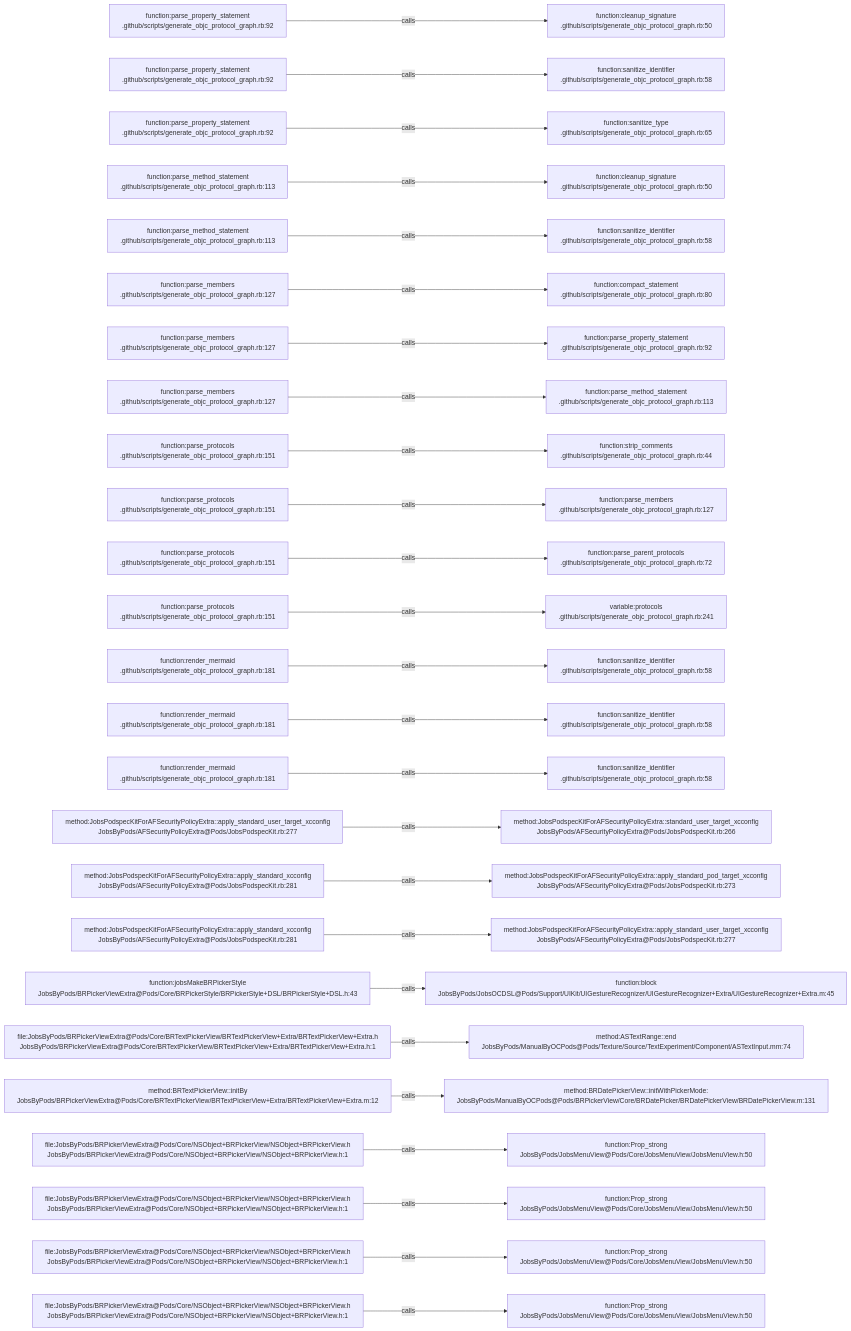
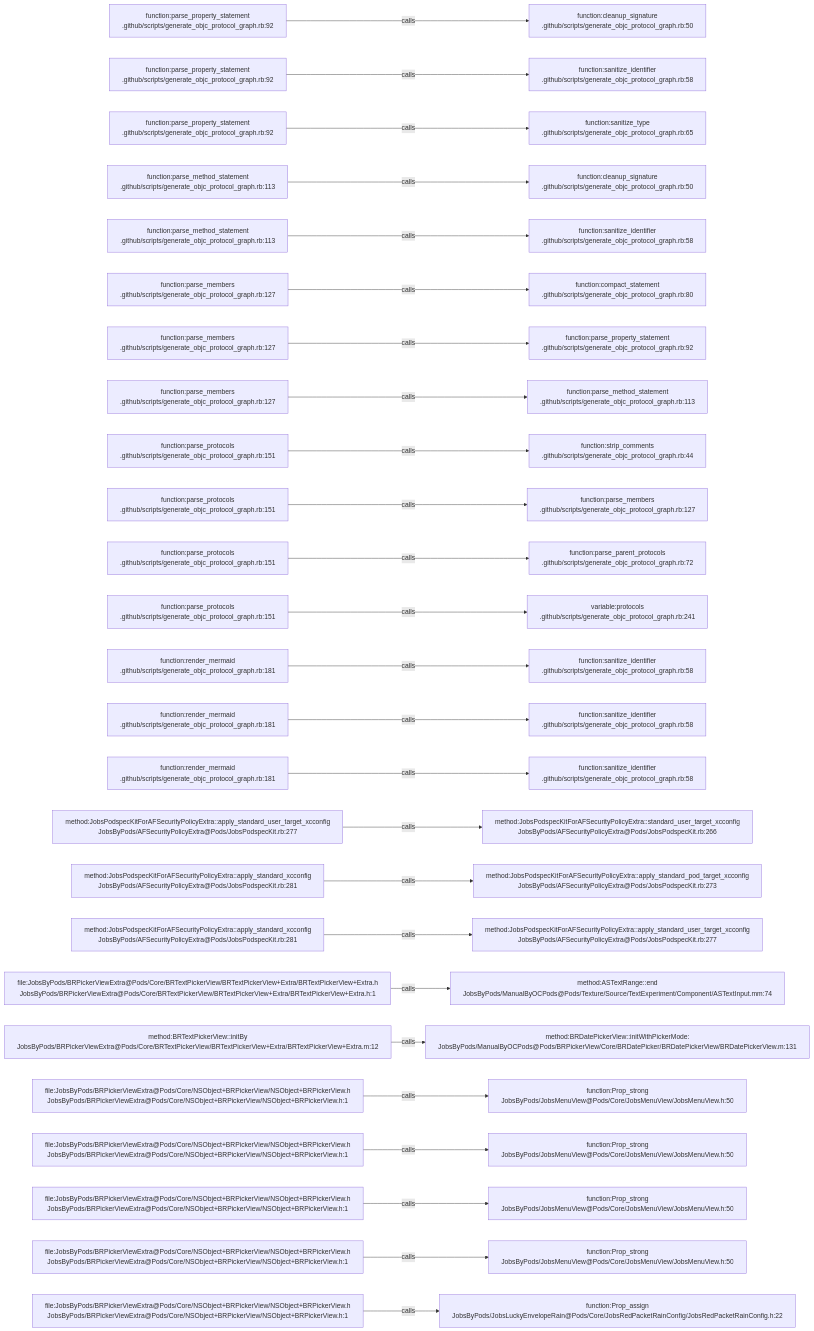
One commit to JobsKits/JobsOCBaseConfigDemo changed the diagram in .codegraph/codegraph.md/graphs/calls-001.md. Above: the diagram before and after it, drawn with Mermaid. The commit also changed 223 other files, not shown here.

````diff
--- a/.codegraph/codegraph.md/graphs/calls-001.md
+++ b/.codegraph/codegraph.md/graphs/calls-001.md
@@ -13,78 +13,78 @@
 ```mermaid
 flowchart LR
   S1["function:parse_property_statement<br/>.github/scripts/generate_objc_protocol_graph.rb:92"]
   T1["function:cleanup_signature<br/>.github/scripts/generate_objc_protocol_graph.rb:50"]
   S1 -->|calls| T1
   S2["function:parse_property_statement<br/>.github/scripts/generate_objc_protocol_graph.rb:92"]
   T2["function:sanitize_identifier<br/>.github/scripts/generate_objc_protocol_graph.rb:58"]
   S2 -->|calls| T2
   S3["function:parse_property_statement<br/>.github/scripts/generate_objc_protocol_graph.rb:92"]
   T3["function:sanitize_type<br/>.github/scripts/generate_objc_protocol_graph.rb:65"]
   S3 -->|calls| T3
   S4["function:parse_method_statement<br/>.github/scripts/generate_objc_protocol_graph.rb:113"]
   T4["function:cleanup_signature<br/>.github/scripts/generate_objc_protocol_graph.rb:50"]
   S4 -->|calls| T4
   S5["function:parse_method_statement<br/>.github/scripts/generate_objc_protocol_graph.rb:113"]
   T5["function:sanitize_identifier<br/>.github/scripts/generate_objc_protocol_graph.rb:58"]
   S5 -->|calls| T5
   S6["function:parse_members<br/>.github/scripts/generate_objc_protocol_graph.rb:127"]
   T6["function:compact_statement<br/>.github/scripts/generate_objc_protocol_graph.rb:80"]
   S6 -->|calls| T6
   S7["function:parse_members<br/>.github/scripts/generate_objc_protocol_graph.rb:127"]
   T7["function:parse_property_statement<br/>.github/scripts/generate_objc_protocol_graph.rb:92"]
   S7 -->|calls| T7
   S8["function:parse_members<br/>.github/scripts/generate_objc_protocol_graph.rb:127"]
   T8["function:parse_method_statement<br/>.github/scripts/generate_objc_protocol_graph.rb:113"]
   S8 -->|calls| T8
   S9["function:parse_protocols<br/>.github/scripts/generate_objc_protocol_graph.rb:151"]
   T9["function:strip_comments<br/>.github/scripts/generate_objc_protocol_graph.rb:44"]
   S9 -->|calls| T9
   S10["function:parse_protocols<br/>.github/scripts/generate_objc_protocol_graph.rb:151"]
   T10["function:parse_members<br/>.github/scripts/generate_objc_protocol_graph.rb:127"]
   S10 -->|calls| T10
   S11["function:parse_protocols<br/>.github/scripts/generate_objc_protocol_graph.rb:151"]
   T11["function:parse_parent_protocols<br/>.github/scripts/generate_objc_protocol_graph.rb:72"]
   S11 -->|calls| T11
   S12["function:parse_protocols<br/>.github/scripts/generate_objc_protocol_graph.rb:151"]
   T12["variable:protocols<br/>.github/scripts/generate_objc_protocol_graph.rb:241"]
   S12 -->|calls| T12
   S13["function:render_mermaid<br/>.github/scripts/generate_objc_protocol_graph.rb:181"]
   T13["function:sanitize_identifier<br/>.github/scripts/generate_objc_protocol_graph.rb:58"]
   S13 -->|calls| T13
   S14["function:render_mermaid<br/>.github/scripts/generate_objc_protocol_graph.rb:181"]
   T14["function:sanitize_identifier<br/>.github/scripts/generate_objc_protocol_graph.rb:58"]
   S14 -->|calls| T14
   S15["function:render_mermaid<br/>.github/scripts/generate_objc_protocol_graph.rb:181"]
   T15["function:sanitize_identifier<br/>.github/scripts/generate_objc_protocol_graph.rb:58"]
   S15 -->|calls| T15
   S16["method:JobsPodspecKitForAFSecurityPolicyExtra::apply_standard_user_target_xcconfig<br/>JobsByPods/AFSecurityPolicyExtra@Pods/JobsPodspecKit.rb:277"]
   T16["method:JobsPodspecKitForAFSecurityPolicyExtra::standard_user_target_xcconfig<br/>JobsByPods/AFSecurityPolicyExtra@Pods/JobsPodspecKit.rb:266"]
   S16 -->|calls| T16
   S17["method:JobsPodspecKitForAFSecurityPolicyExtra::apply_standard_xcconfig<br/>JobsByPods/AFSecurityPolicyExtra@Pods/JobsPodspecKit.rb:281"]
   T17["method:JobsPodspecKitForAFSecurityPolicyExtra::apply_standard_pod_target_xcconfig<br/>JobsByPods/AFSecurityPolicyExtra@Pods/JobsPodspecKit.rb:273"]
   S17 -->|calls| T17
   S18["method:JobsPodspecKitForAFSecurityPolicyExtra::apply_standard_xcconfig<br/>JobsByPods/AFSecurityPolicyExtra@Pods/JobsPodspecKit.rb:281"]
   T18["method:JobsPodspecKitForAFSecurityPolicyExtra::apply_standard_user_target_xcconfig<br/>JobsByPods/AFSecurityPolicyExtra@Pods/JobsPodspecKit.rb:277"]
   S18 -->|calls| T18
-  S19["function:jobsMakeBRPickerStyle<br/>JobsByPods/BRPickerViewExtra@Pods/Core/BRPickerStyle/BRPickerStyle+DSL/BRPickerStyle+DSL.h:43"]
-  T19["function:block<br/>JobsByPods/JobsOCDSL@Pods/Support/UIKit/UIGestureRecognizer/UIGestureRecognizer+Extra/UIGestureRecognizer+Extra.m:45"]
+  S19["file:JobsByPods/BRPickerViewExtra@Pods/Core/BRTextPickerView/BRTextPickerView+Extra/BRTextPickerView+Extra.h<br/>JobsByPods/BRPickerViewExtra@Pods/Core/BRTextPickerView/BRTextPickerView+Extra/BRTextPickerView+Extra.h:1"]
+  T19["method:ASTextRange::end<br/>JobsByPods/ManualByOCPods@Pods/Texture/Source/TextExperiment/Component/ASTextInput.mm:74"]
   S19 -->|calls| T19
-  S20["file:JobsByPods/BRPickerViewExtra@Pods/Core/BRTextPickerView/BRTextPickerView+Extra/BRTextPickerView+Extra.h<br/>JobsByPods/BRPickerViewExtra@Pods/Core/BRTextPickerView/BRTextPickerView+Extra/BRTextPickerView+Extra.h:1"]
-  T20["method:ASTextRange::end<br/>JobsByPods/ManualByOCPods@Pods/Texture/Source/TextExperiment/Component/ASTextInput.mm:74"]
+  S20["method:BRTextPickerView::initBy<br/>JobsByPods/BRPickerViewExtra@Pods/Core/BRTextPickerView/BRTextPickerView+Extra/BRTextPickerView+Extra.m:12"]
+  T20["method:BRDatePickerView::initWithPickerMode:<br/>JobsByPods/ManualByOCPods@Pods/BRPickerView/Core/BRDatePicker/BRDatePickerView/BRDatePickerView.m:131"]
   S20 -->|calls| T20
-  S21["method:BRTextPickerView::initBy<br/>JobsByPods/BRPickerViewExtra@Pods/Core/BRTextPickerView/BRTextPickerView+Extra/BRTextPickerView+Extra.m:12"]
-  T21["method:BRDatePickerView::initWithPickerMode:<br/>JobsByPods/ManualByOCPods@Pods/BRPickerView/Core/BRDatePicker/BRDatePickerView/BRDatePickerView.m:131"]
+  S21["file:JobsByPods/BRPickerViewExtra@Pods/Core/NSObject+BRPickerView/NSObject+BRPickerView.h<br/>JobsByPods/BRPickerViewExtra@Pods/Core/NSObject+BRPickerView/NSObject+BRPickerView.h:1"]
+  T21["function:Prop_strong<br/>JobsByPods/JobsMenuView@Pods/Core/JobsMenuView/JobsMenuView.h:50"]
   S21 -->|calls| T21
   S22["file:JobsByPods/BRPickerViewExtra@Pods/Core/NSObject+BRPickerView/NSObject+BRPickerView.h<br/>JobsByPods/BRPickerViewExtra@Pods/Core/NSObject+BRPickerView/NSObject+BRPickerView.h:1"]
   T22["function:Prop_strong<br/>JobsByPods/JobsMenuView@Pods/Core/JobsMenuView/JobsMenuView.h:50"]
   S22 -->|calls| T22
   S23["file:JobsByPods/BRPickerViewExtra@Pods/Core/NSObject+BRPickerView/NSObject+BRPickerView.h<br/>JobsByPods/BRPickerViewExtra@Pods/Core/NSObject+BRPickerView/NSObject+BRPickerView.h:1"]
   T23["function:Prop_strong<br/>JobsByPods/JobsMenuView@Pods/Core/JobsMenuView/JobsMenuView.h:50"]
   S23 -->|calls| T23
   S24["file:JobsByPods/BRPickerViewExtra@Pods/Core/NSObject+BRPickerView/NSObject+BRPickerView.h<br/>JobsByPods/BRPickerViewExtra@Pods/Core/NSObject+BRPickerView/NSObject+BRPickerView.h:1"]
   T24["function:Prop_strong<br/>JobsByPods/JobsMenuView@Pods/Core/JobsMenuView/JobsMenuView.h:50"]
   S24 -->|calls| T24
   S25["file:JobsByPods/BRPickerViewExtra@Pods/Core/NSObject+BRPickerView/NSObject+BRPickerView.h<br/>JobsByPods/BRPickerViewExtra@Pods/Core/NSObject+BRPickerView/NSObject+BRPickerView.h:1"]
-  T25["function:Prop_strong<br/>JobsByPods/JobsMenuView@Pods/Core/JobsMenuView/JobsMenuView.h:50"]
+  T25["function:Prop_assign<br/>JobsByPods/JobsLuckyEnvelopeRain@Pods/Core/JobsRedPacketRainConfig/JobsRedPacketRainConfig.h:22"]
   S25 -->|calls| T25
 ```
````
